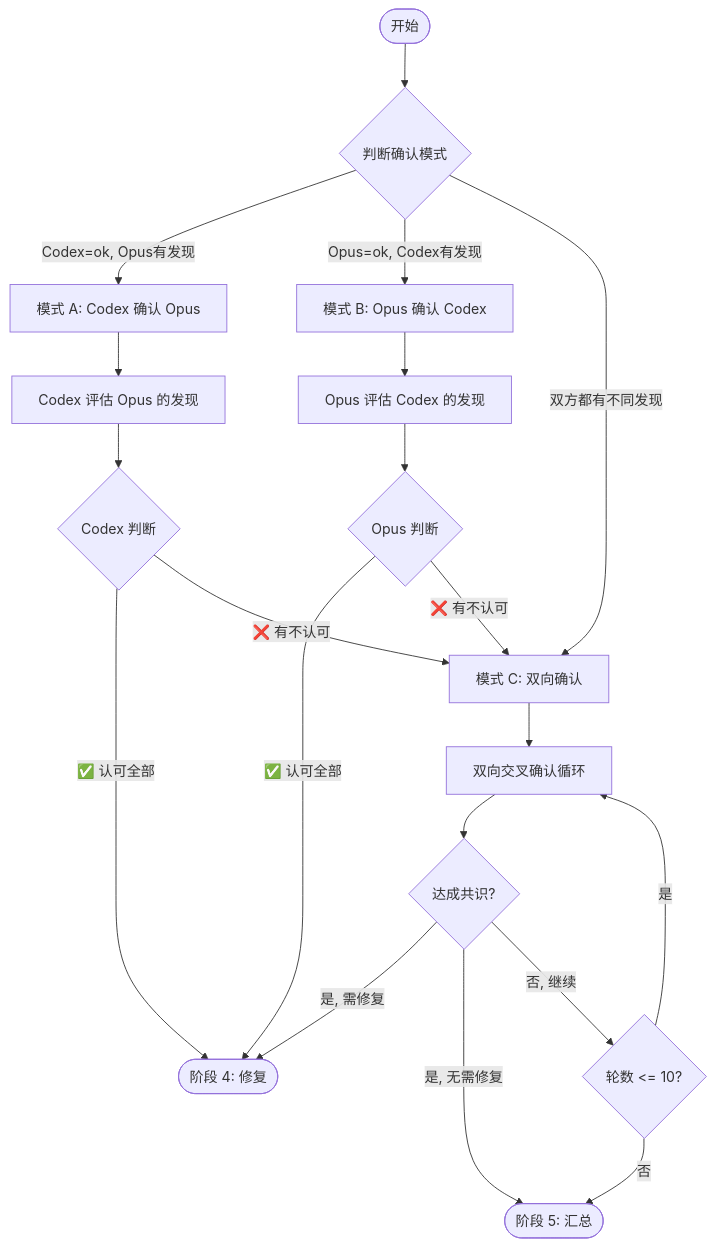
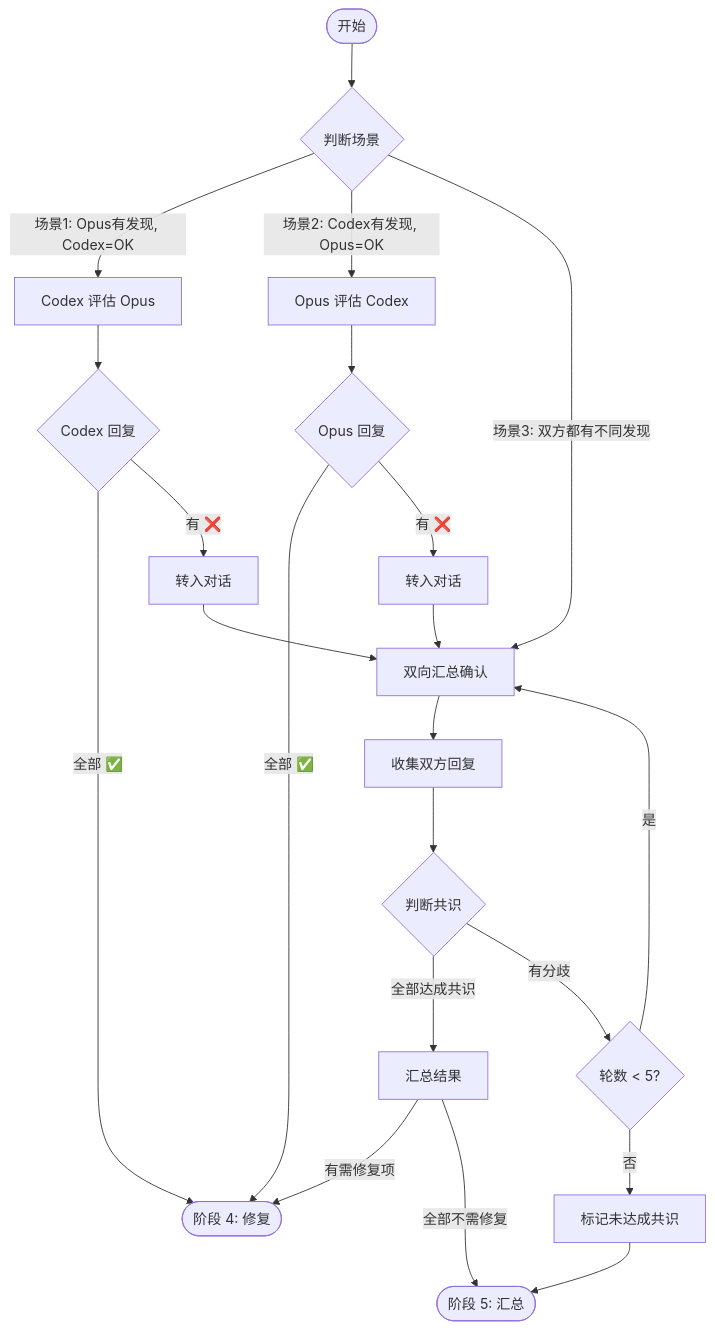
The diagram in skills/duoduo/stages/3-cross-confirm.md (notdp/.dotfiles), drawn with Mermaid before and after one commit. The commit also changed other lines of this file and 29 other files, not shown here.

First line of the commit message:
feat(duo): rewrite duoduo review with FIFO-based multi-agent architecture

````diff
--- a/skills/duoduo/stages/3-cross-confirm.md
+++ b/skills/duoduo/stages/3-cross-confirm.md
@@ -7,26 +7,30 @@
 ```mermaid
 flowchart TD
-    Start([开始]) --> Mode{判断确认模式}
+    Start([开始]) --> Mode{判断场景}
     
-    Mode -->|Codex=ok, Opus有发现| A[模式 A: Codex 确认 Opus]
-    Mode -->|Opus=ok, Codex有发现| B[模式 B: Opus 确认 Codex]
-    Mode -->|双方都有不同发现| C[模式 C: 双向确认]
+    Mode -->|场景1: Opus有发现, Codex=OK| S1[Codex 评估 Opus]
+    Mode -->|场景2: Codex有发现, Opus=OK| S2[Opus 评估 Codex]
+    Mode -->|场景3: 双方都有不同发现| S3[双向汇总确认]
     
-    A --> A1[Codex 评估 Opus 的发现]
-    A1 --> A2{Codex 判断}
-    A2 -->|✅ 认可全部| Fix([阶段 4: 修复])
-    A2 -->|❌ 有不认可| C
+    S1 --> S1R{Codex 回复}
+    S1R -->|全部 ✅| Fix([阶段 4: 修复])
+    S1R -->|有 ❌| Dialog1[转入对话]
     
-    B --> B1[Opus 评估 Codex 的发现]
-    B1 --> B2{Opus 判断}
-    B2 -->|✅ 认可全部| Fix
-    B2 -->|❌ 有不认可| C
+    S2 --> S2R{Opus 回复}
+    S2R -->|全部 ✅| Fix
+    S2R -->|有 ❌| Dialog2[转入对话]
     
-    C --> C1[双向交叉确认循环]
-    C1 --> C2{达成共识?}
-    C2 -->|是, 需修复| Fix
-    C2 -->|是, 无需修复| Summary([阶段 5: 汇总])
-    C2 -->|否, 继续| C3{轮数 <= 10?}
-    C3 -->|是| C1
-    C3 -->|否| Summary
+    S3 --> Collect[收集双方回复]
+    Collect --> Judge{判断共识}
+    Judge -->|全部达成共识| Consensus[汇总结果]
+    Judge -->|有分歧| NextRound{轮数 < 5?}
+    NextRound -->|是| S3
+    NextRound -->|否| Timeout[标记未达成共识]
+    
+    Dialog1 --> S3
+    Dialog2 --> S3
+    
+    Consensus -->|有需修复项| Fix
+    Consensus -->|全部不需修复| Summary([阶段 5: 汇总])
+    Timeout --> Summary
 ```
````
